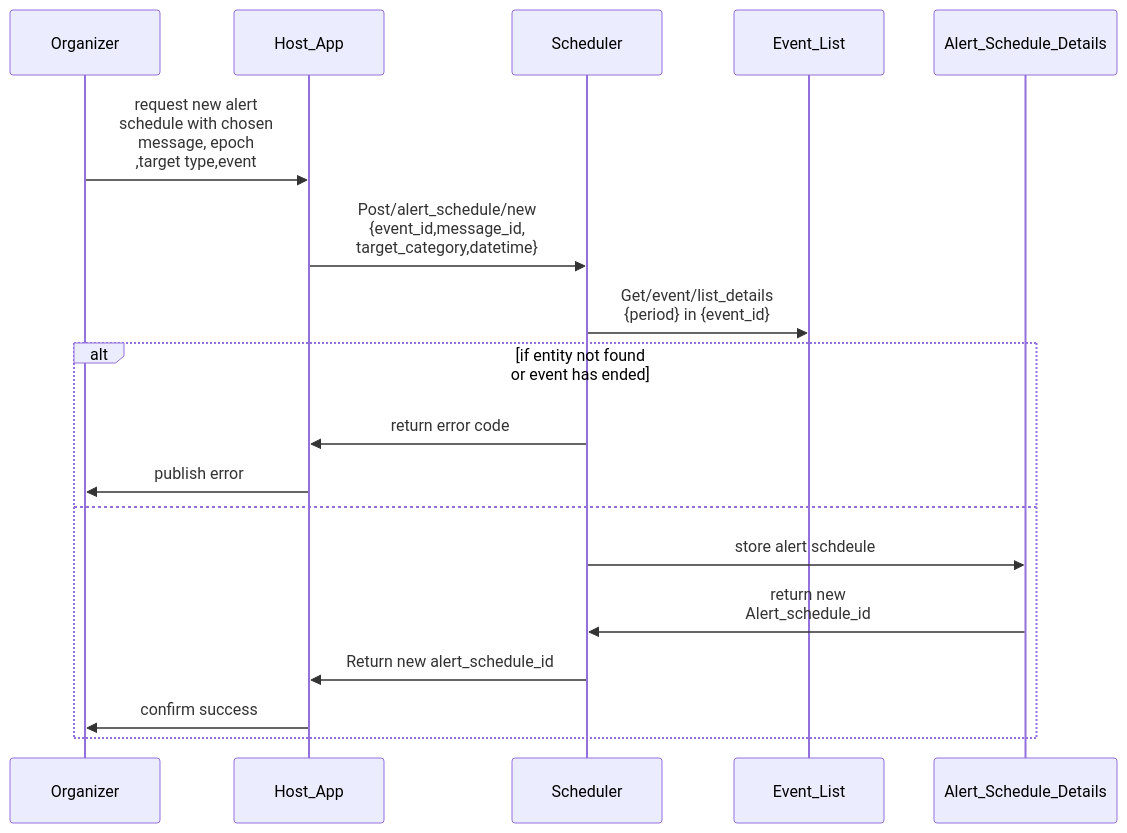
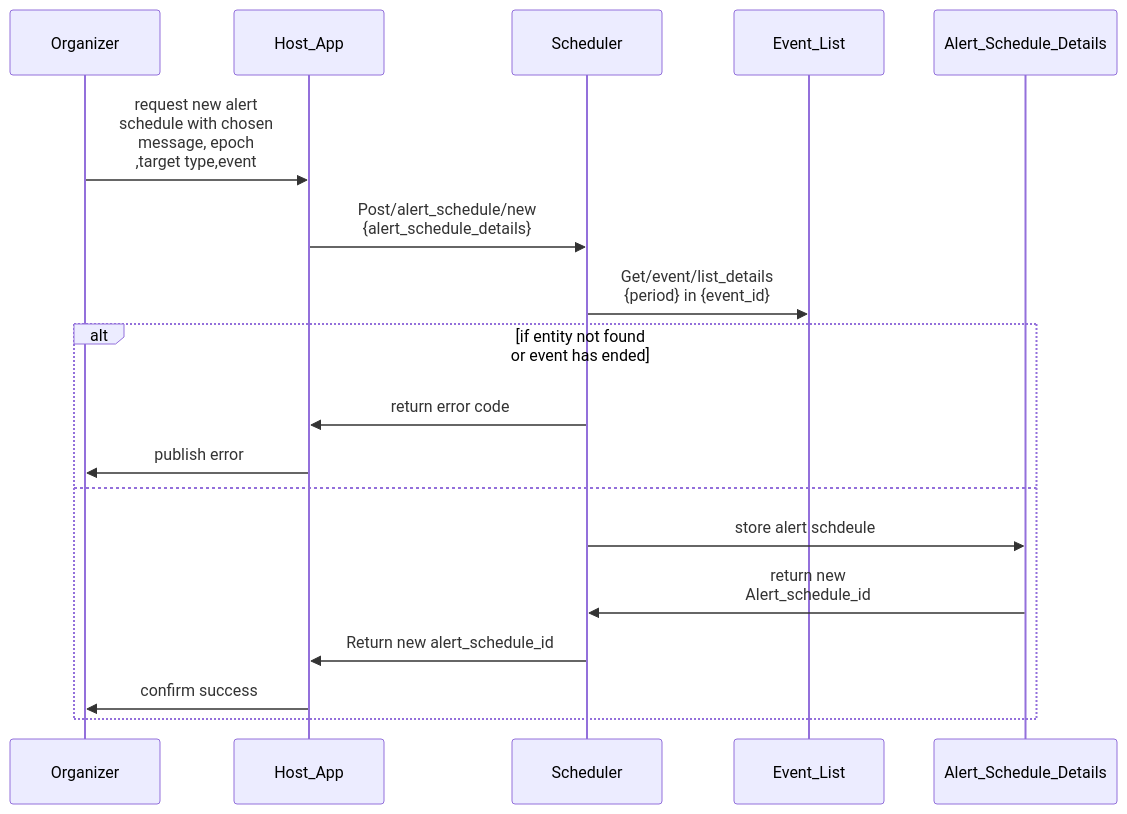
Before and after one commit to GovStackWorkingGroup/scheduler: the seventh of 14 diagrams in spec/9-workflows.md, drawn with Mermaid. The commit also changed other lines of this file and 5 other files, not shown here.

````diff
--- a/spec/9-workflows.md
+++ b/spec/9-workflows.md
@@ -200,15 +165,15 @@
 ```mermaid
 sequenceDiagram
 Organizer->>Host_App: request new alert <br>schedule with chosen<br> message, epoch<br>,target type,event 
-Host_App->>Scheduler:Post/alert_schedule/new<br>{event_id,message_id,<br>target_category,datetime}
+Host_App->>Scheduler:Post/alert_schedule/new<br>{alert_schedule_details}
 Scheduler->>Event_List: Get/event/list_details<br>{period} in {event_id}
 alt if entity not found<br> or event has ended
   Scheduler->>Host_App: return error code
   Host_App->>Organizer: publish error
 else
 Scheduler->> Alert_Schedule_Details: store alert schdeule
 Alert_Schedule_Details->>Scheduler: return new<br> Alert_schedule_id
 Scheduler->>Host_App:Return new alert_schedule_id
 Host_App->>Organizer: confirm success
 end
 ```
````
